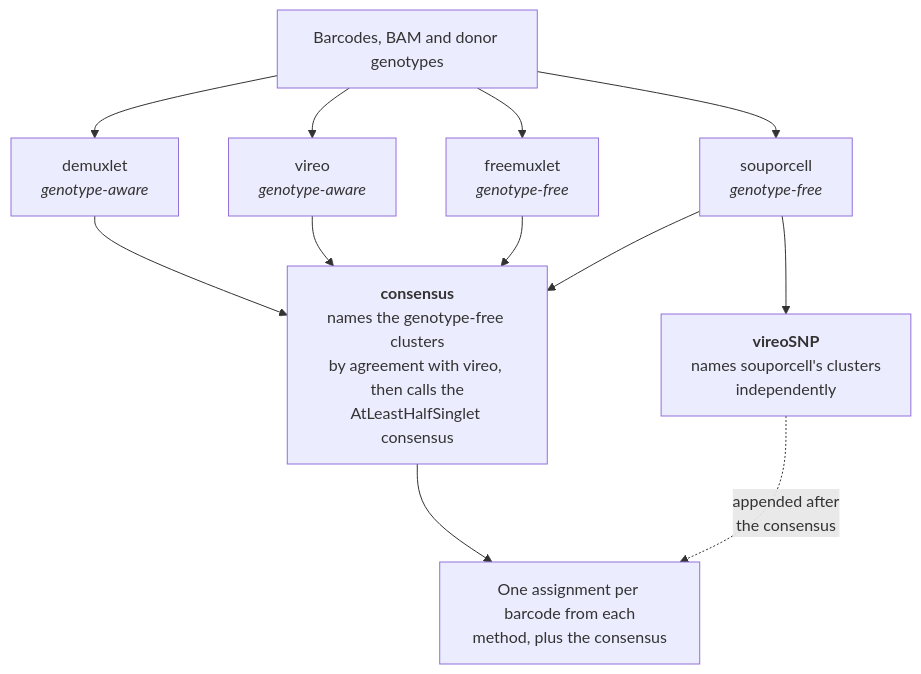
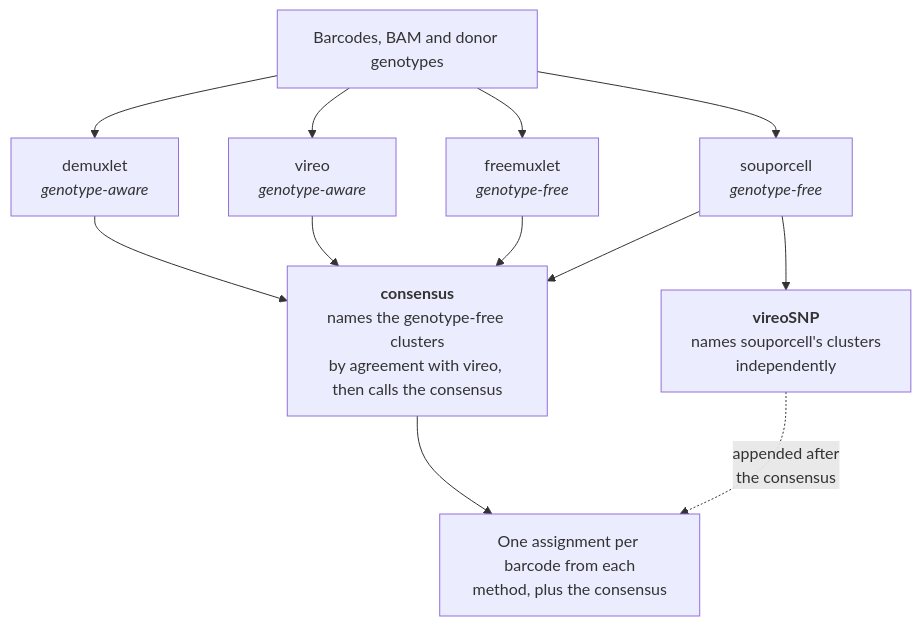
One commit to swarbricklab/snp_demux changed the second of 3 diagrams in README.md. Above: the diagram before and after it, drawn with Mermaid. The commit also changed other lines of this file and 8 other files, not shown here.

````diff
--- a/README.md
+++ b/README.md
@@ -78,21 +83,21 @@
 ```mermaid
 flowchart TB
     IN["Barcodes, BAM and donor genotypes"]
 
     IN --> DL["demuxlet<br/><i>genotype-aware</i>"]
     IN --> VI["vireo<br/><i>genotype-aware</i>"]
     IN --> FM["freemuxlet<br/><i>genotype-free</i>"]
     IN --> SO["souporcell<br/><i>genotype-free</i>"]
 
     DL --> DX
     VI --> DX
     FM --> DX
     SO --> DX
 
-    DX["<b>consensus</b><br/>names the genotype-free clusters<br/>by agreement with vireo, then calls the<br/>AtLeastHalfSinglet consensus"]
+    DX["<b>consensus</b><br/>names the genotype-free clusters<br/>by agreement with vireo, then calls the consensus"]
 
     SO --> VS["<b>vireoSNP</b><br/>names souporcell's clusters<br/>independently"]
 
     DX --> OUT["One assignment per barcode from each<br/>method, plus the consensus"]
     VS -. "appended after<br/>the consensus" .-> OUT
 ```
````
